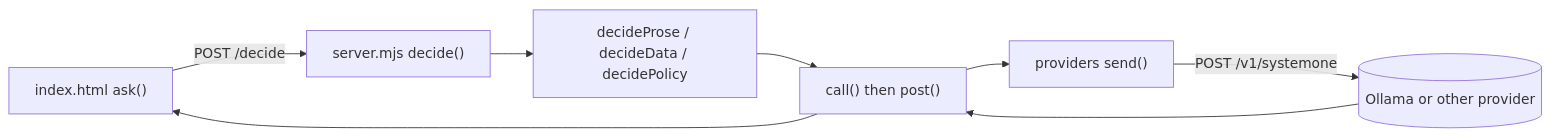
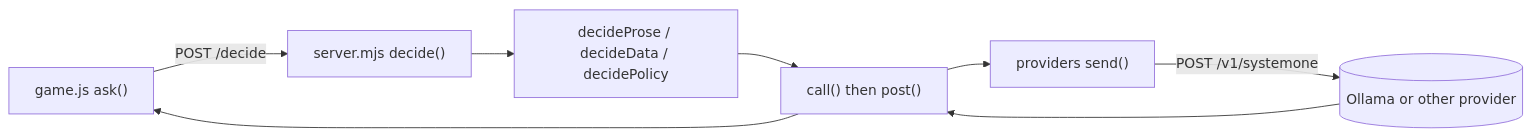
The diagram in docs/code-walkthrough.md (wwlib/system1-lander), drawn with Mermaid before and after one commit. The commit also changed other lines of this file and 20 other files, not shown here.

````diff
--- a/docs/code-walkthrough.md
+++ b/docs/code-walkthrough.md
@@ -11,9 +13,9 @@
 ```mermaid
 flowchart LR
-  A["index.html ask()"] -->|POST /decide| B["server.mjs decide()"]
+  A["game.js ask()"] -->|POST /decide| B["server.mjs decide()"]
   B --> C["decideProse / decideData / decidePolicy"]
   C --> D["call() then post()"]
   D --> E["providers send()"]
   E -->|POST /v1/systemone| F[(Ollama or other provider)]
   F --> D --> A
 ```
````
